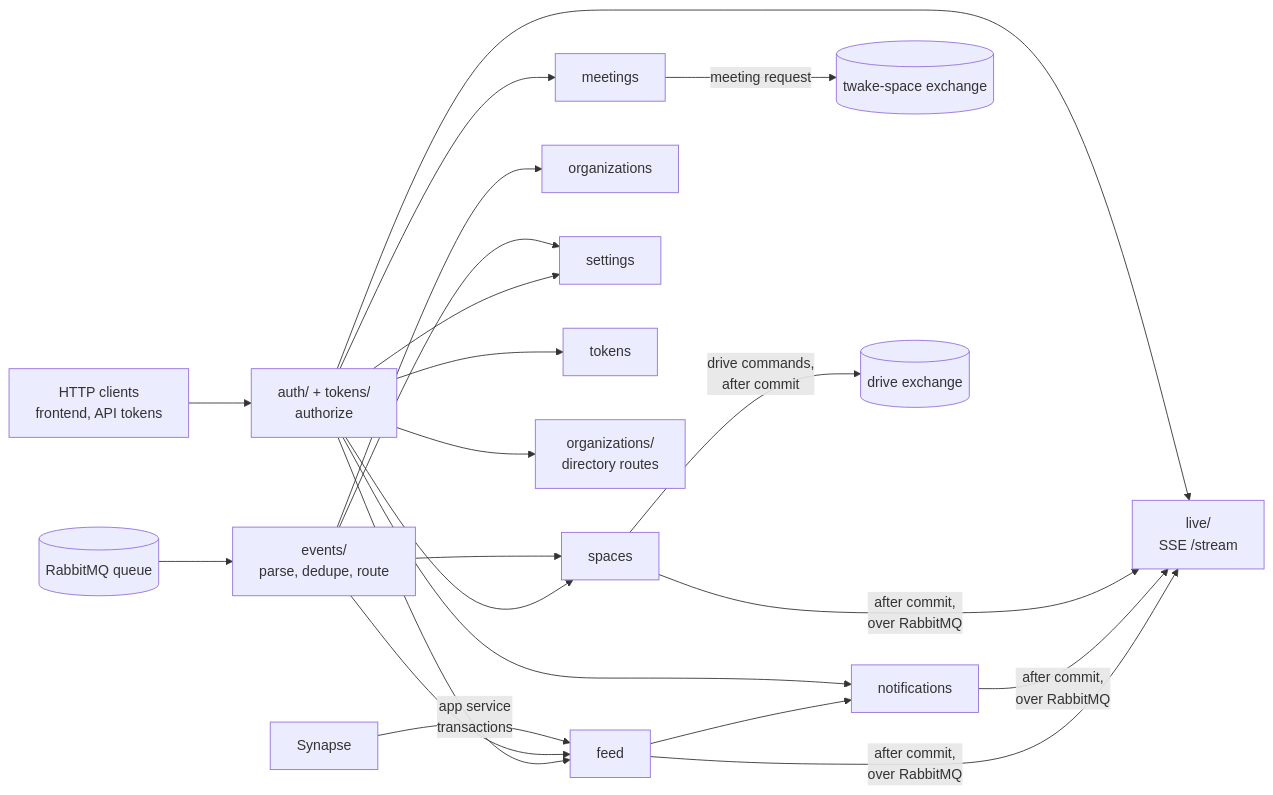
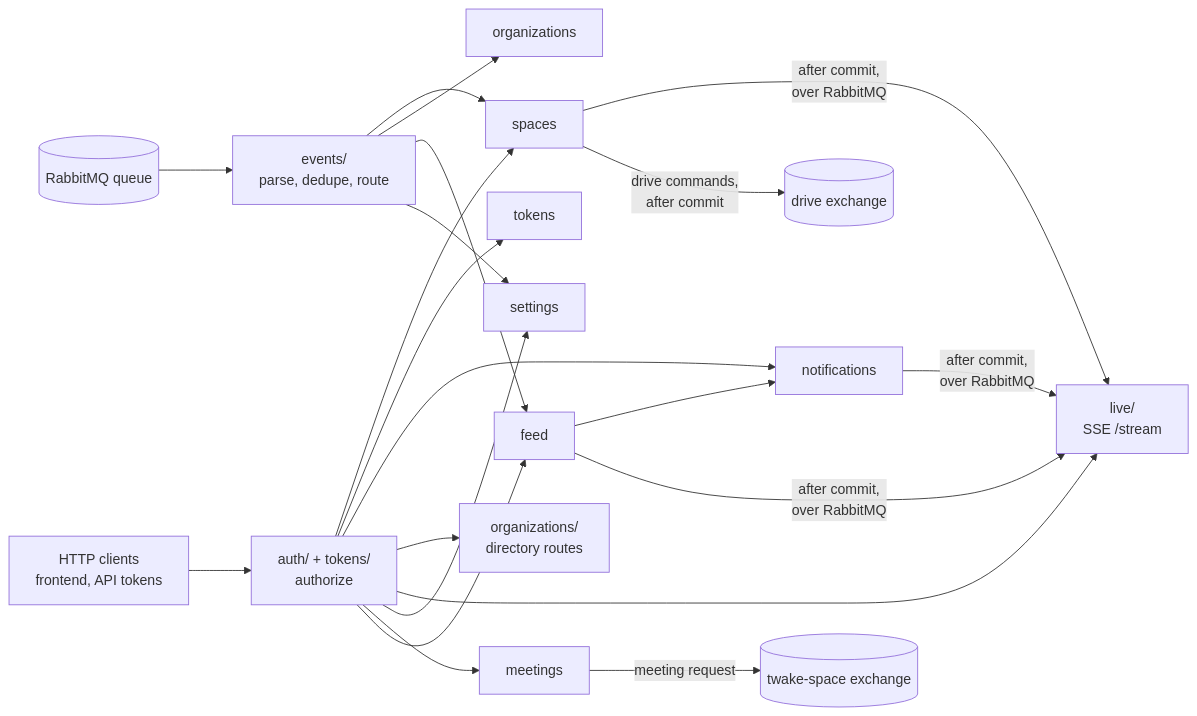
The first of 2 diagrams in docs/backend-dev.md (linagora/twake-space), drawn with Mermaid before and after one commit. The commit also changed other lines of this file and 35 other files, not shown here.

First line of the commit message:
fix(backend): remove the Matrix feed and its app service tokens

````diff
--- a/docs/backend-dev.md
+++ b/docs/backend-dev.md
@@ -29,13 +29,12 @@
 ```mermaid
 flowchart LR
   rabbitmq[(RabbitMQ queue)] --> events["events/<br>parse, dedupe, route"]
-  synapse[Synapse] -- "app service<br>transactions" --> feed
   events --> spaces & organizations & feed & settings
   http["HTTP clients<br>frontend, API tokens"] --> auth["auth/ + tokens/<br>authorize"]
   auth --> spaces & tokens & notifications & directory["organizations/<br>directory routes"] & live & settings & meetings
   feed --> notifications
   auth --> feed
   spaces & notifications & feed -- "after commit,<br>over RabbitMQ" --> live["live/<br>SSE /stream"]
   meetings -- "meeting request" --> exchange[(twake-space exchange)]
   spaces -- "drive commands,<br>after commit" --> drive[(drive exchange)]
 ```
````
